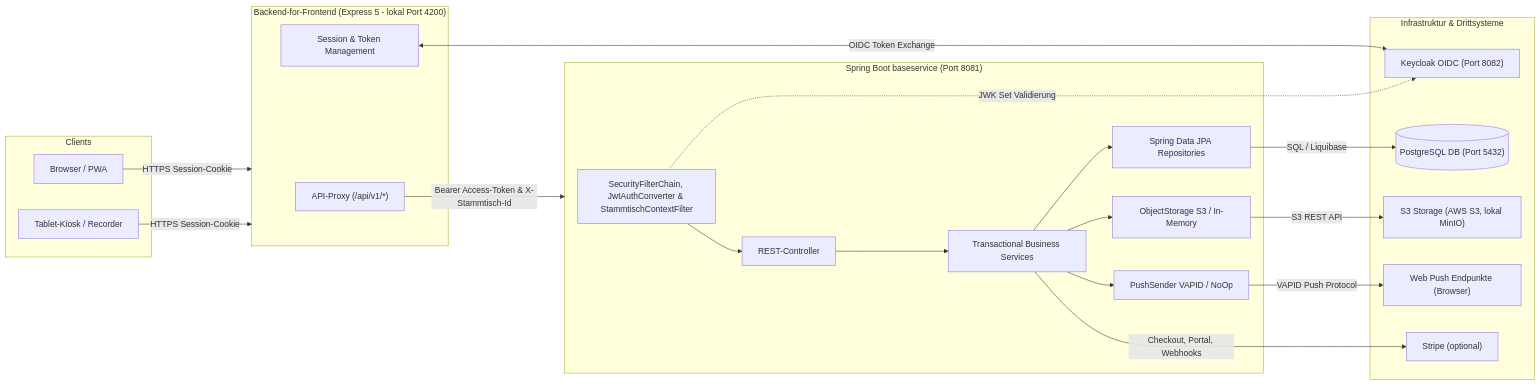
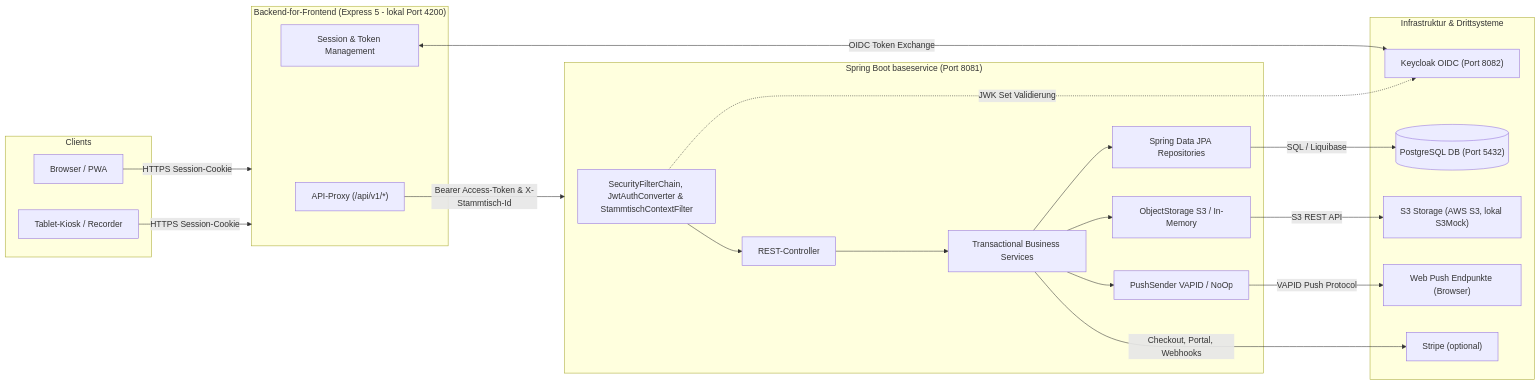
The second of 2 diagrams in docs/baseservice/README.md (damaurer/vereint), drawn with Mermaid before and after one commit. The commit also changed 12 other files, not shown here.

````diff
--- a/docs/baseservice/README.md
+++ b/docs/baseservice/README.md
@@ -35,46 +35,46 @@
 ```mermaid
 graph LR
   subgraph Clients
     Browser[Browser / PWA]
     Tablet[Tablet-Kiosk / Recorder]
   end
 
   subgraph BFF["Backend-for-Frontend (Express 5 - lokal Port 4200)"]
     Proxy["API-Proxy (/api/v1/*)"]
     AuthMW[Session & Token Management]
   end
 
   subgraph BaseService["Spring Boot baseservice (Port 8081)"]
     Sec[SecurityFilterChain, JwtAuthConverter & StammtischContextFilter]
     Rest[REST-Controller]
     Svc[Transactional Business Services]
     Repo[Spring Data JPA Repositories]
     Storage[ObjectStorage S3 / In-Memory]
     Push[PushSender VAPID / NoOp]
   end
 
   subgraph Infra["Infrastruktur & Drittsysteme"]
     Keycloak["Keycloak OIDC (Port 8082)"]
     Postgres[("PostgreSQL DB (Port 5432)")]
-    MinIO["S3 Storage (AWS S3, lokal MinIO)"]
+    MinIO["S3 Storage (AWS S3, lokal S3Mock)"]
     WebPush["Web Push Endpunkte (Browser)"]
     Stripe["Stripe (optional)"]
   end
 
   Browser -->|HTTPS Session-Cookie| BFF
   Tablet -->|HTTPS Session-Cookie| BFF
   Proxy -->|Bearer Access-Token & X-Stammtisch-Id| BaseService
   AuthMW <-->|OIDC Token Exchange| Keycloak
 
   Sec --> Rest
   Rest --> Svc
   Svc --> Repo
   Svc --> Storage
   Svc --> Push
 
   Sec -.->|JWK Set Validierung| Keycloak
   Repo -->|SQL / Liquibase| Postgres
   Storage -->|S3 REST API| MinIO
   Push -->|VAPID Push Protocol| WebPush
   Svc -->|Checkout, Portal, Webhooks| Stripe
 ```
````
